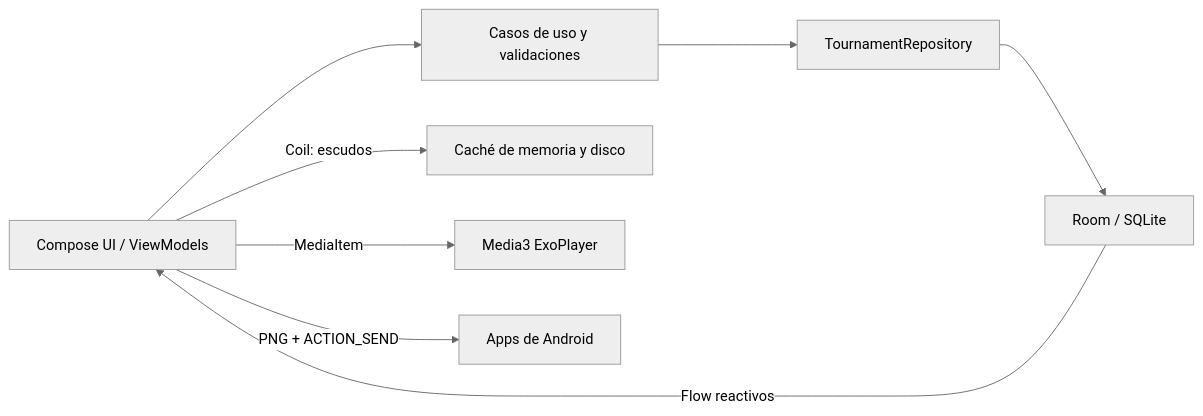
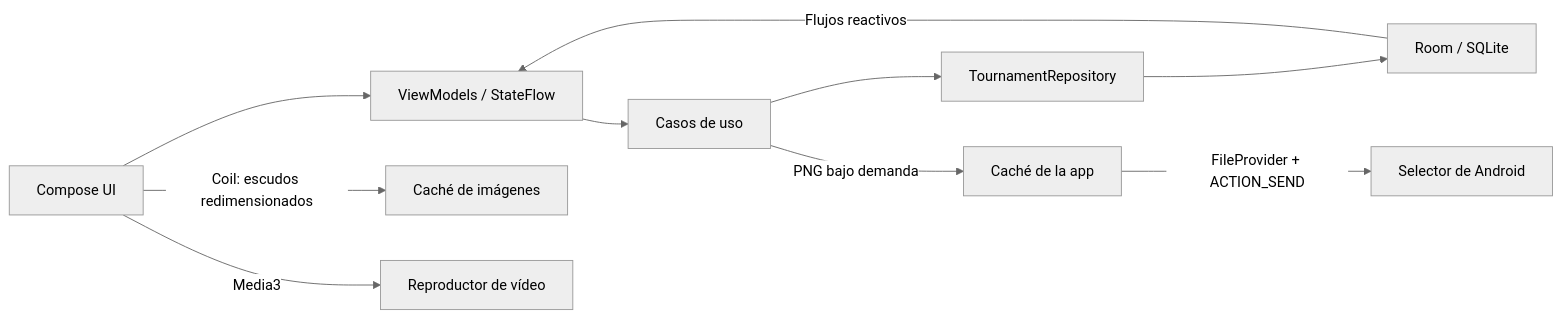
The second of 2 diagrams in README.md (CristianItmHernandez/AppLiga), drawn with Mermaid (neutral theme) before and after one commit. The commit also changed other lines of this file and 9 other files, not shown here.

````diff
--- a/README.md
+++ b/README.md
@@ -33,10 +83,12 @@
 ```mermaid
 flowchart LR
-    UI["Compose UI / ViewModels"] --> Domain["Casos de uso y validaciones"]
-    Domain --> Repository["TournamentRepository"]
-    Repository --> Room["Room / SQLite"]
-    Room -->|Flow reactivos| UI
-    UI -->|Coil: escudos| Images["Caché de memoria y disco"]
-    UI -->|MediaItem| Player["Media3 ExoPlayer"]
-    UI -->|PNG + ACTION_SEND| Share["Apps de Android"]
+    Compose["Compose UI"] --> VM["ViewModels / StateFlow"]
+    VM --> Domain["Casos de uso"]
+    Domain --> Repo["TournamentRepository"]
+    Repo --> Room["Room / SQLite"]
+    Room -->|Flujos reactivos| VM
+    Domain -->|PNG bajo demanda| Cache["Caché de la app"]
+    Cache -->|FileProvider + ACTION_SEND| Share["Selector de Android"]
+    Compose -->|Coil: escudos redimensionados| Images["Caché de imágenes"]
+    Compose -->|Media3| Player["Reproductor de vídeo"]
 ```
````
